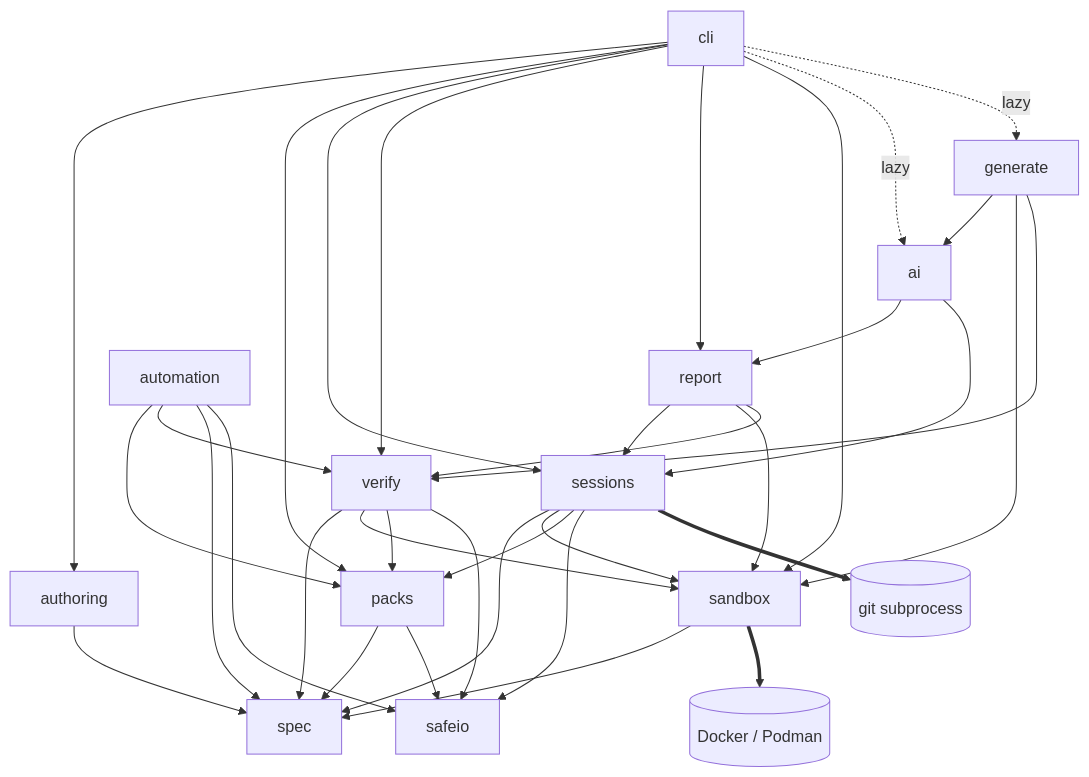
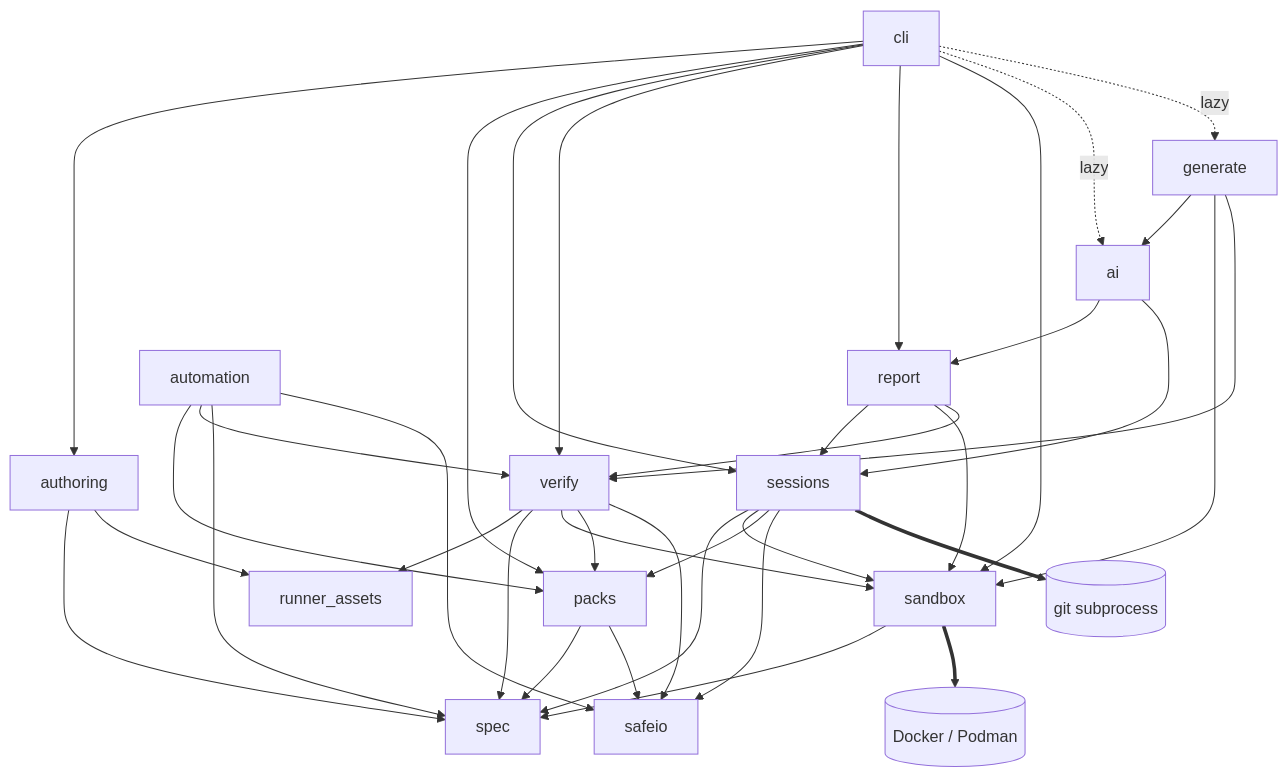
One commit to franndeli/patchground changed the diagram in architecture.md. Above: the diagram before and after it, drawn with Mermaid. The commit also changed other lines of this file and 100 other files, not shown here.

````diff
--- a/architecture.md
+++ b/architecture.md
@@ -18,16 +18,17 @@
 ```mermaid
 flowchart TD
   cli --> authoring & packs & sessions & verify & report & sandbox
-  authoring --> spec
+  authoring --> spec & runner_assets
+  verify --> runner_assets
   automation --> packs & verify & spec & safeio
   cli -. lazy .-> ai & generate
   packs --> spec & safeio
   sessions --> spec & sandbox & packs & safeio
   verify --> spec & sandbox & packs & safeio
   report --> sessions & sandbox & verify
   sandbox --> spec
   ai --> report & sessions
   generate --> ai & sandbox & verify
   sandbox ==> docker[(Docker / Podman)]
   sessions ==> git[(git subprocess)]
 ```
````
